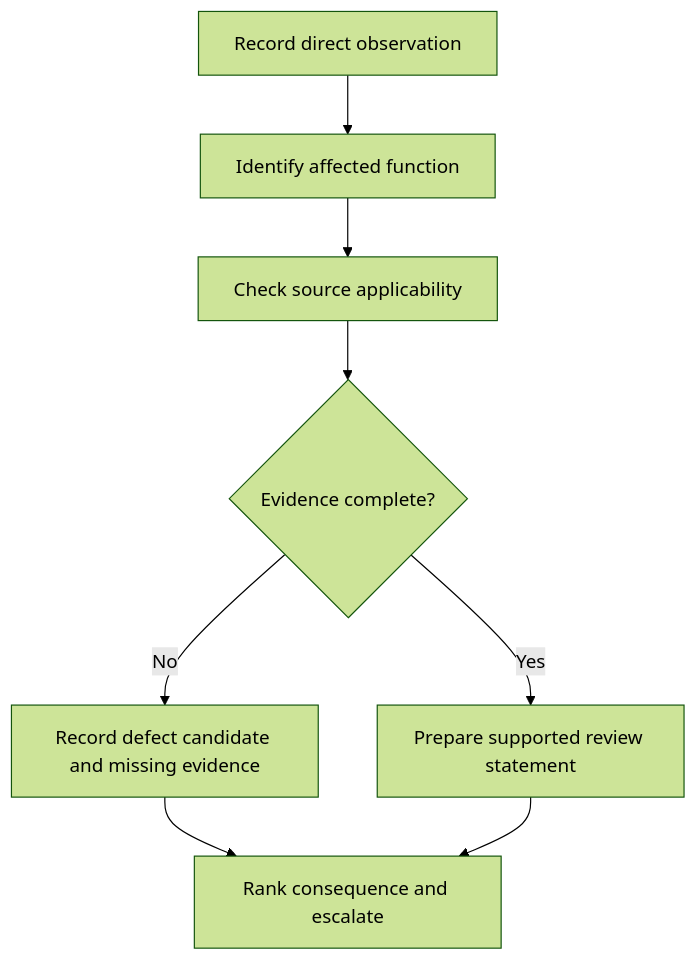
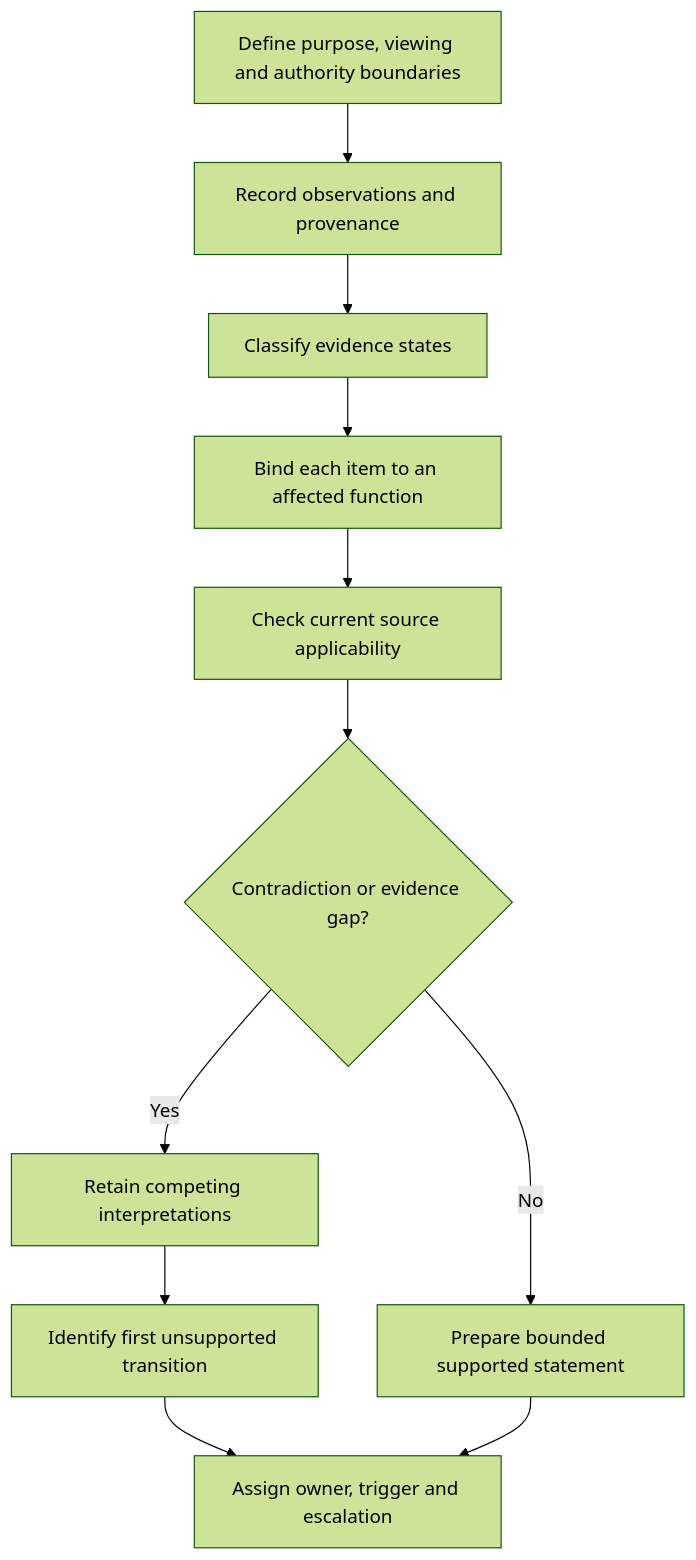
One commit to andrew3stedall/capstone changed the first of 2 diagrams in docs/learning-plans/12-week/modules/day-39-accessibility-labelling-and-original-defect-recognition-scenarios.md. Above: the diagram before and after it, drawn with Mermaid (forest theme). The commit also changed other lines of this file and 3 other files, not shown here.

````diff
--- a/docs/learning-plans/12-week/modules/day-39-accessibility-labelling-and-original-defect-recognition-scenarios.md
+++ b/docs/learning-plans/12-week/modules/day-39-accessibility-labelling-and-original-defect-recognition-scenarios.md
@@ -62,10 +92,13 @@
 ```mermaid
 flowchart TD
-    A[Record direct observation] --> B[Identify affected function]
-    B --> C[Check source applicability]
-    C --> D{Evidence complete?}
-    D -->|No| E[Record defect candidate and missing evidence]
-    D -->|Yes| F[Prepare supported review statement]
-    E --> G[Rank consequence and escalate]
-    F --> G
+    A[Define purpose, viewing and authority boundaries] --> B[Record observations and provenance]
+    B --> C[Classify evidence states]
+    C --> D[Bind each item to an affected function]
+    D --> E[Check current source applicability]
+    E --> F{Contradiction or evidence gap?}
+    F -->|Yes| G[Retain competing interpretations]
+    G --> H[Identify first unsupported transition]
+    F -->|No| I[Prepare bounded supported statement]
+    H --> J[Assign owner, trigger and escalation]
+    I --> J
 ```
````
